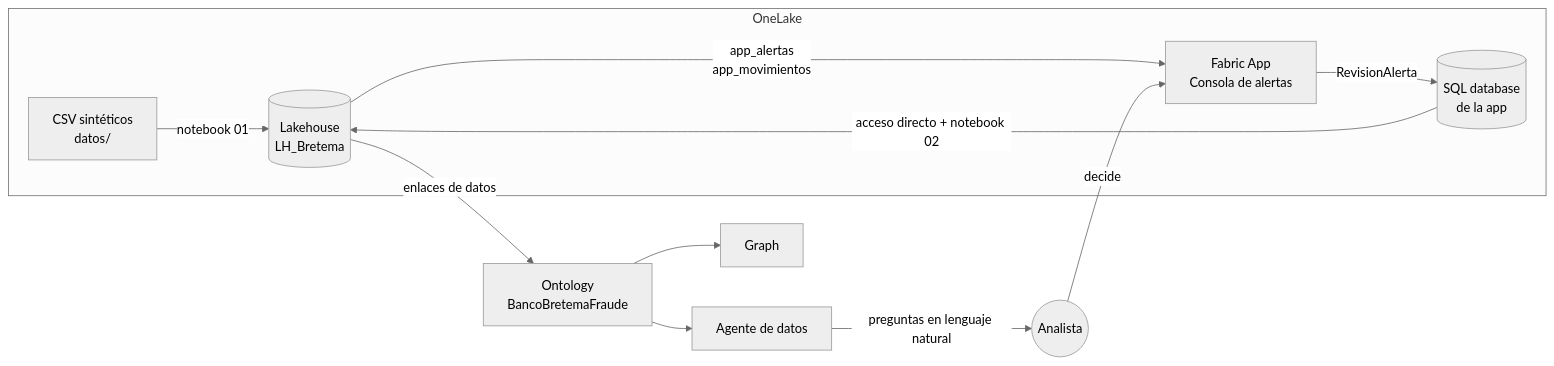
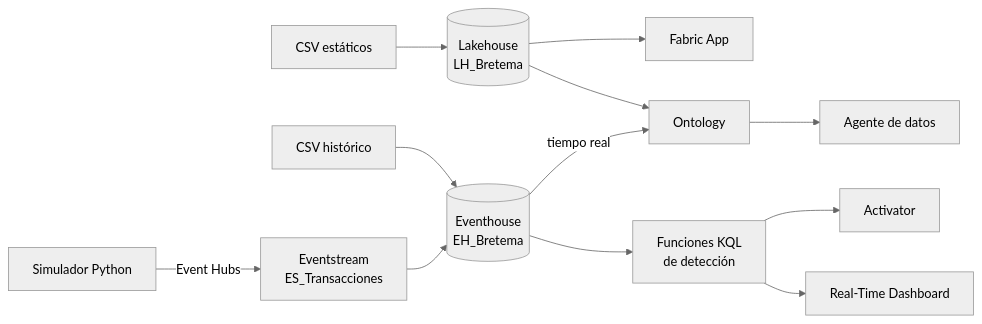
One commit to AbenFdez/Banco_Bretema_Prevencion_Fraude changed the diagram in README.md. Above: the diagram before and after it, drawn with Mermaid (neutral theme). The commit also changed other lines of this file and 34 other files, not shown here.

First line of the commit message:
Datos para Eventhouse, simulador en tiempo real y guía paso a paso

````diff
--- a/README.md
+++ b/README.md
@@ -27,14 +32,13 @@
 ```mermaid
 flowchart LR
-    subgraph OneLake
-        CSV[CSV sintéticos<br/>datos/] -->|notebook 01| LH[(Lakehouse<br/>LH_Bretema)]
-        LH -->|app_alertas<br/>app_movimientos| APP
-        APP[Fabric App<br/>Consola de alertas] -->|RevisionAlerta| SQL[(SQL database<br/>de la app)]
-        SQL -->|acceso directo + notebook 02| LH
-    end
-    LH -->|enlaces de datos| ONT[Ontology<br/>BancoBretemaFraude]
-    ONT --> GR[Graph]
+    CSV1[CSV estáticos] --> LH[(Lakehouse<br/>LH_Bretema)]
+    CSV2[CSV histórico] --> EH[(Eventhouse<br/>EH_Bretema)]
+    SIM[Simulador Python] -->|Event Hubs| ES[Eventstream<br/>ES_Transacciones] --> EH
+    EH --> KQL[Funciones KQL<br/>de detección]
+    KQL --> RTD[Real-Time Dashboard]
+    KQL --> ACT[Activator]
+    LH --> ONT[Ontology]
+    EH -->|tiempo real| ONT
     ONT --> AG[Agente de datos]
-    AG -->|preguntas en lenguaje natural| U((Analista))
-    U -->|decide| APP
+    LH --> APP[Fabric App]
 ```
````
